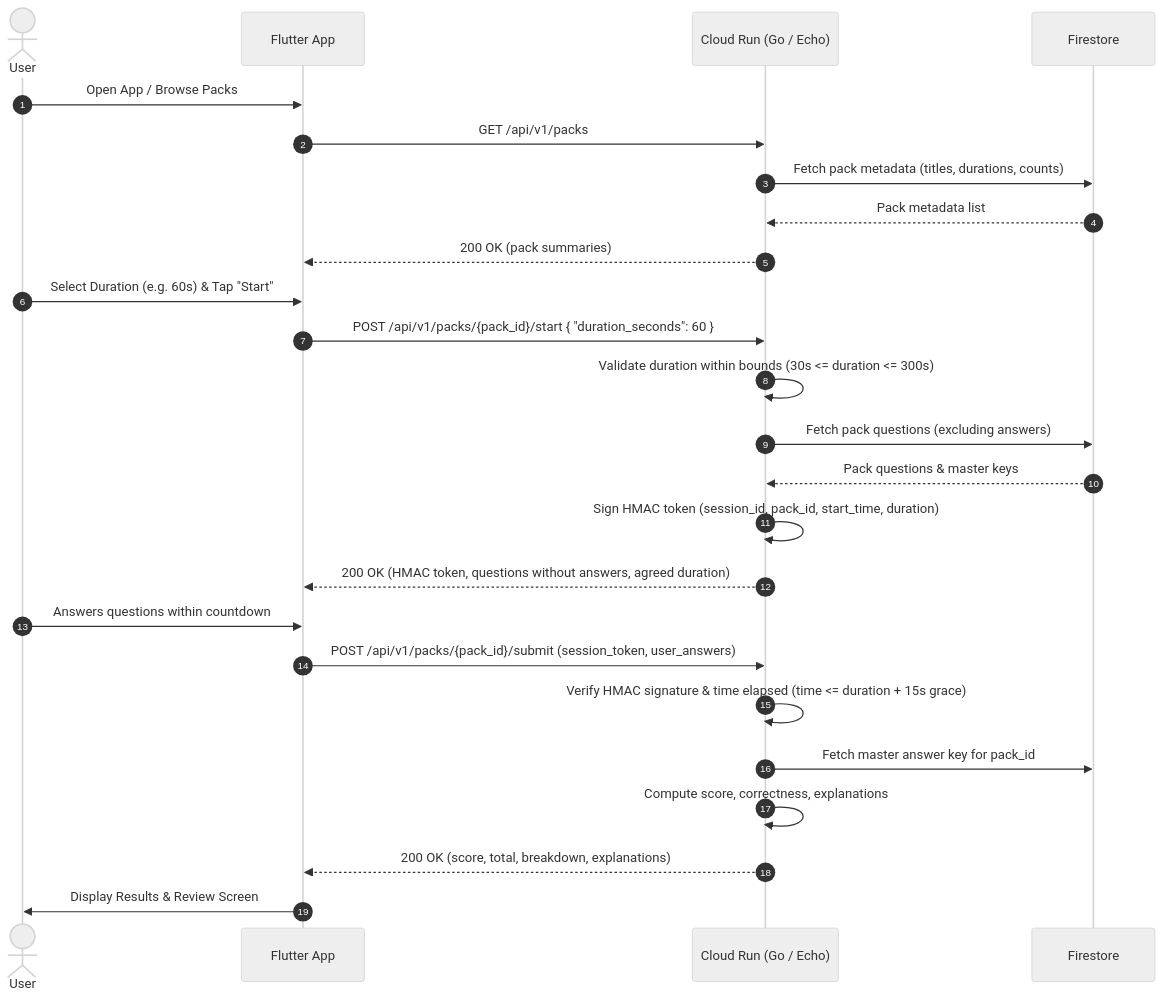
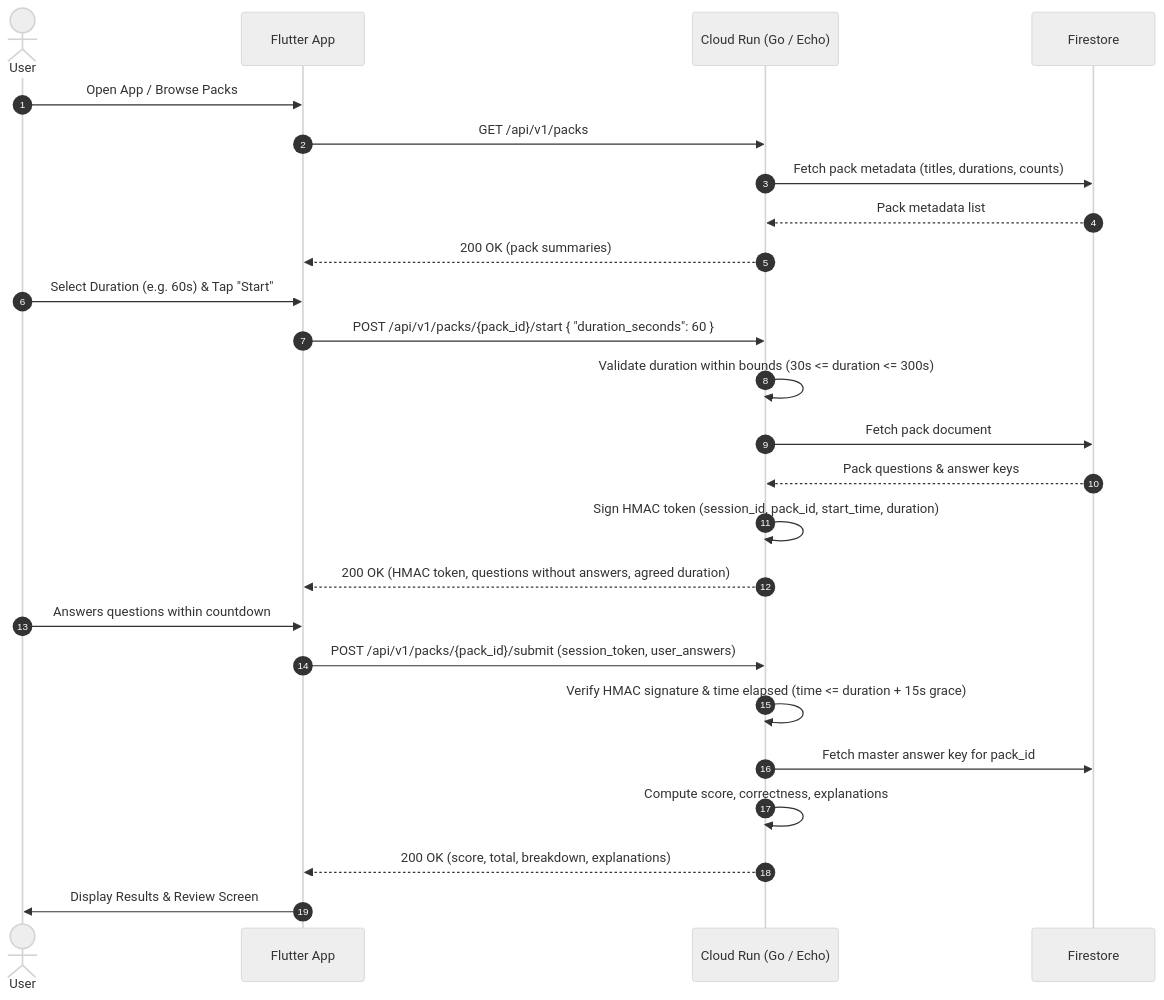
Before and after one commit to poojabasker20/agentic-sdlc: the diagram in designs/gk-quiz-app/gk-quiz-app.md, drawn with Mermaid (neutral theme). The commit also changed other lines of this file, not shown here.

````diff
--- a/designs/gk-quiz-app/gk-quiz-app.md
+++ b/designs/gk-quiz-app/gk-quiz-app.md
@@ -82,30 +82,30 @@
 ```mermaid
 sequenceDiagram
     autonumber
     actor User
     participant Flutter as Flutter App
     participant Backend as Cloud Run (Go / Echo)
     participant DB as Firestore
 
     User->>Flutter: Open App / Browse Packs
     Flutter->>Backend: GET /api/v1/packs
     Backend->>DB: Fetch pack metadata (titles, durations, counts)
     DB-->>Backend: Pack metadata list
     Backend-->>Flutter: 200 OK (pack summaries)
 
     User->>Flutter: Select Duration (e.g. 60s) & Tap "Start"
     Flutter->>Backend: POST /api/v1/packs/{pack_id}/start { "duration_seconds": 60 }
     Backend->>Backend: Validate duration within bounds (30s <= duration <= 300s)
-    Backend->>DB: Fetch pack questions (excluding answers)
-    DB-->>Backend: Pack questions & master keys
+    Backend->>DB: Fetch pack document
+    DB-->>Backend: Pack questions & answer keys
     Backend->>Backend: Sign HMAC token (session_id, pack_id, start_time, duration)
     Backend-->>Flutter: 200 OK (HMAC token, questions without answers, agreed duration)
 
     User->>Flutter: Answers questions within countdown
     Flutter->>Backend: POST /api/v1/packs/{pack_id}/submit (session_token, user_answers)
     Backend->>Backend: Verify HMAC signature & time elapsed (time <= duration + 15s grace)
     Backend->>DB: Fetch master answer key for pack_id
     Backend->>Backend: Compute score, correctness, explanations
     Backend-->>Flutter: 200 OK (score, total, breakdown, explanations)
     Flutter->>User: Display Results & Review Screen
 ```
````
